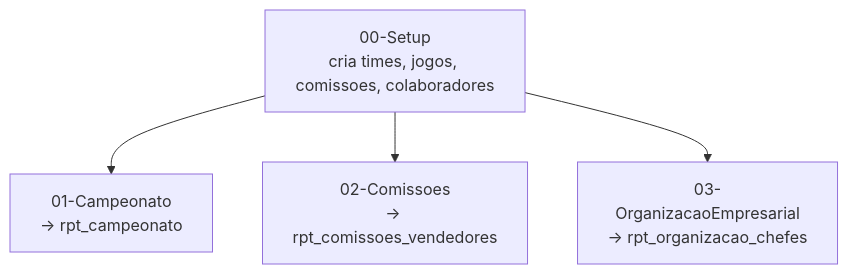
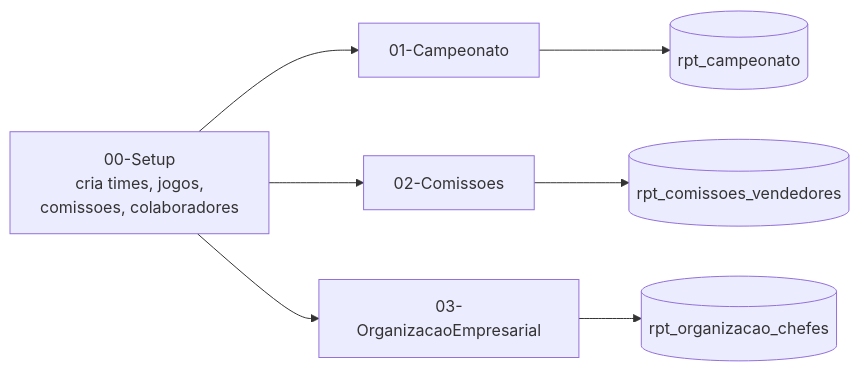
The first of 2 diagrams in README.md (techronnan/case_tire_and_wheel_shop_data_engineering_2026), drawn with Mermaid before and after one commit. The commit also changed other lines of this file and 26 other files, not shown here.

````diff
--- a/README.md
+++ b/README.md
@@ -16,6 +16,9 @@
 ```mermaid
-flowchart TD
-    S[00-Setup<br/>cria times, jogos, comissoes, colaboradores] --> C1[01-Campeonato<br/>→ rpt_campeonato]
-    S --> C2[02-Comissoes<br/>→ rpt_comissoes_vendedores]
-    S --> C3[03-OrganizacaoEmpresarial<br/>→ rpt_organizacao_chefes]
+flowchart LR
+    S[00-Setup<br/>cria times, jogos,<br/>comissoes, colaboradores] --> C1[01-Campeonato]
+    S --> C2[02-Comissoes]
+    S --> C3[03-OrganizacaoEmpresarial]
+    C1 --> R1[(rpt_campeonato)]
+    C2 --> R2[(rpt_comissoes_vendedores)]
+    C3 --> R3[(rpt_organizacao_chefes)]
 ```
````
